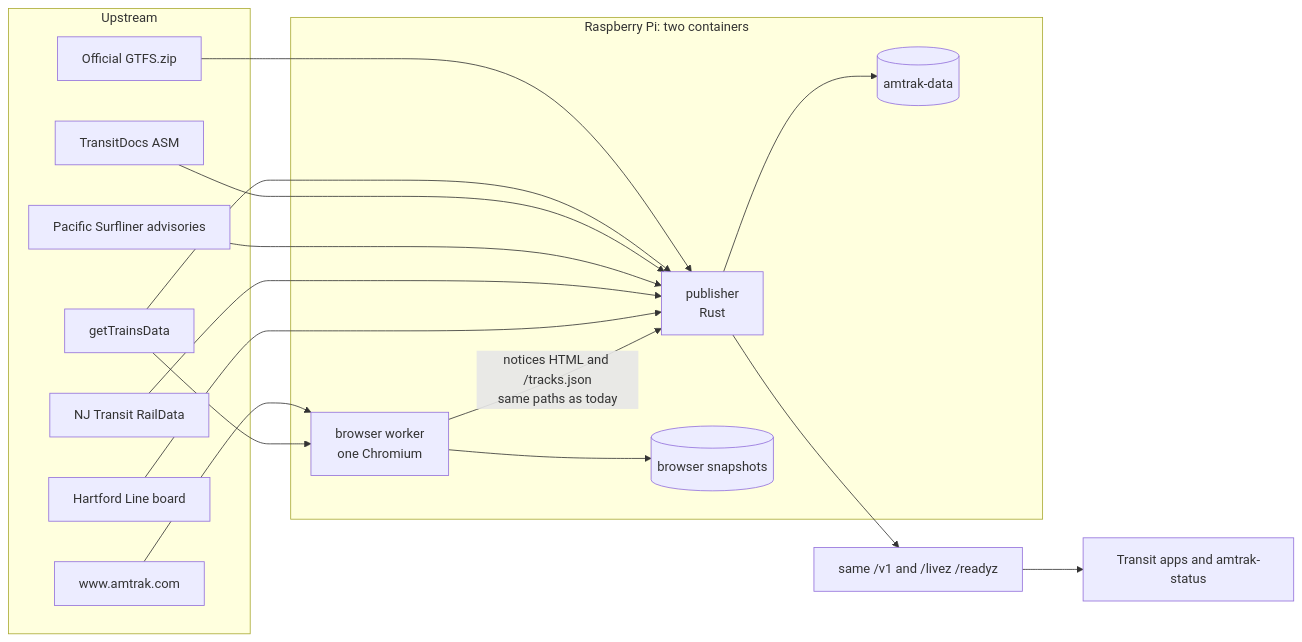
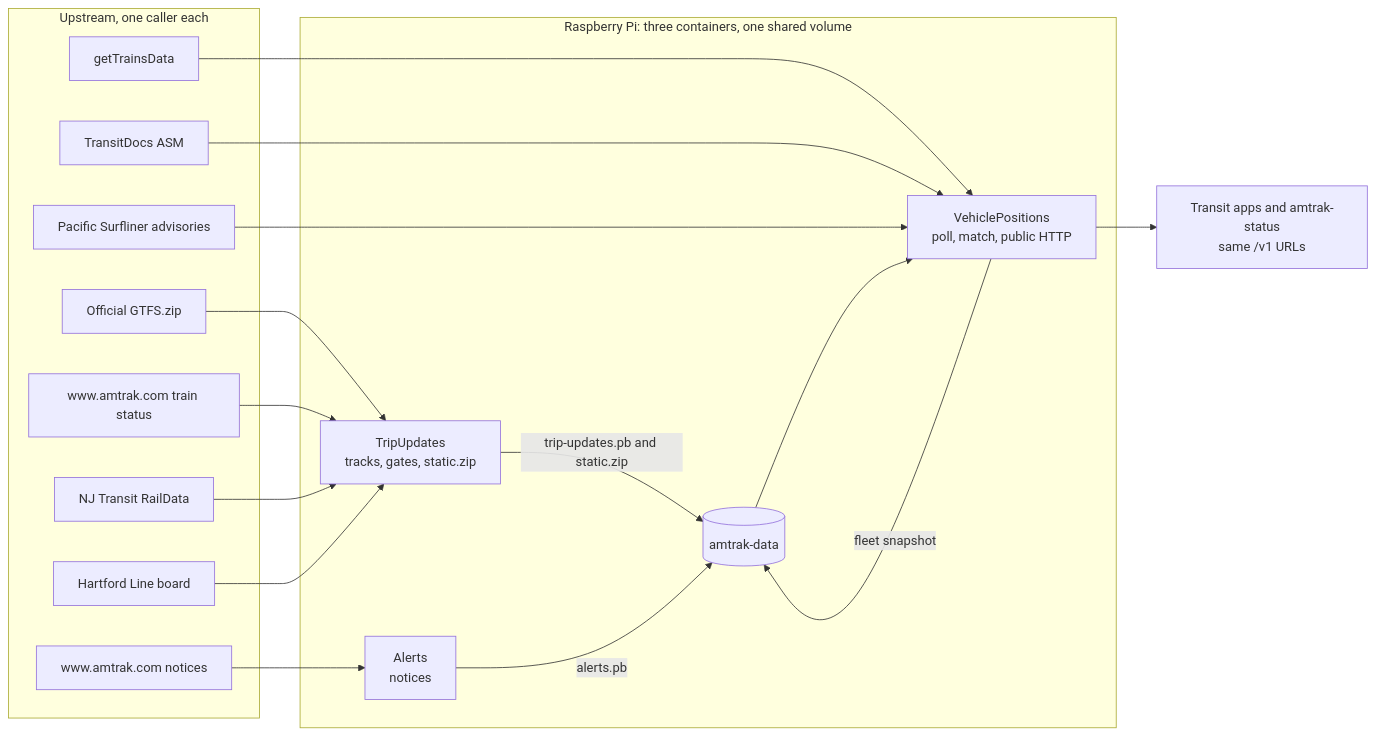
The third of 3 diagrams in docs/rearchitecture.md (sohampatwardhan/Amtrak-GTFS-RT), drawn with Mermaid before and after one commit. The commit also changed other lines of this file, not shown here.

First line of the commit message:
Retarget the proposal at one container per GTFS-RT feed.

````diff
--- a/docs/rearchitecture.md
+++ b/docs/rearchitecture.md
@@ -294,31 +299,32 @@
 ```mermaid
 flowchart LR
-  subgraph upstream["Upstream"]
+  subgraph upstream["Upstream, one caller each"]
     gtfs["Official GTFS.zip"]
     maps["getTrainsData"]
     asm["TransitDocs ASM"]
     surf["Pacific Surfliner advisories"]
-    www["www.amtrak.com"]
+    wwwN["www.amtrak.com notices"]
+    wwwT["www.amtrak.com train status"]
     njt["NJ Transit RailData"]
     hart["Hartford Line board"]
   end
-  subgraph pi["Raspberry Pi: two containers"]
-    browser["browser worker<br/>one Chromium"]
-    pub["publisher<br/>Rust"]
+  subgraph pi["Raspberry Pi: three containers, one shared volume"]
+    vp["VehiclePositions<br/>poll, match, public HTTP"]
+    tu["TripUpdates<br/>tracks, gates, static.zip"]
+    al["Alerts<br/>notices"]
     data[("amtrak-data")]
-    snap[("browser snapshots")]
   end
-  gtfs --> pub
-  maps --> pub
-  asm --> pub
-  surf --> pub
-  njt --> pub
-  hart --> pub
-  www --> browser
-  maps --> browser
-  browser -->|"notices HTML and /tracks.json<br/>same paths as today"| pub
-  pub --> data
-  browser --> snap
-  pub --> http["same /v1 and /livez /readyz"]
-  http --> apps["Transit apps and amtrak-status"]
+  maps --> vp
+  asm --> vp
+  surf --> vp
+  gtfs --> tu
+  wwwT --> tu
+  njt --> tu
+  hart --> tu
+  wwwN --> al
+  vp -->|fleet snapshot| data
+  tu -->|trip-updates.pb and static.zip| data
+  al -->|alerts.pb| data
+  data --> vp
+  vp --> apps["Transit apps and amtrak-status<br/>same /v1 URLs"]
 ```
````
